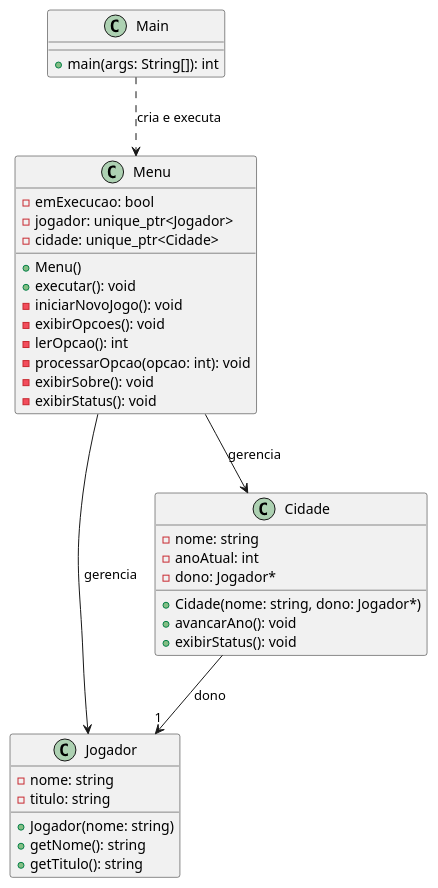
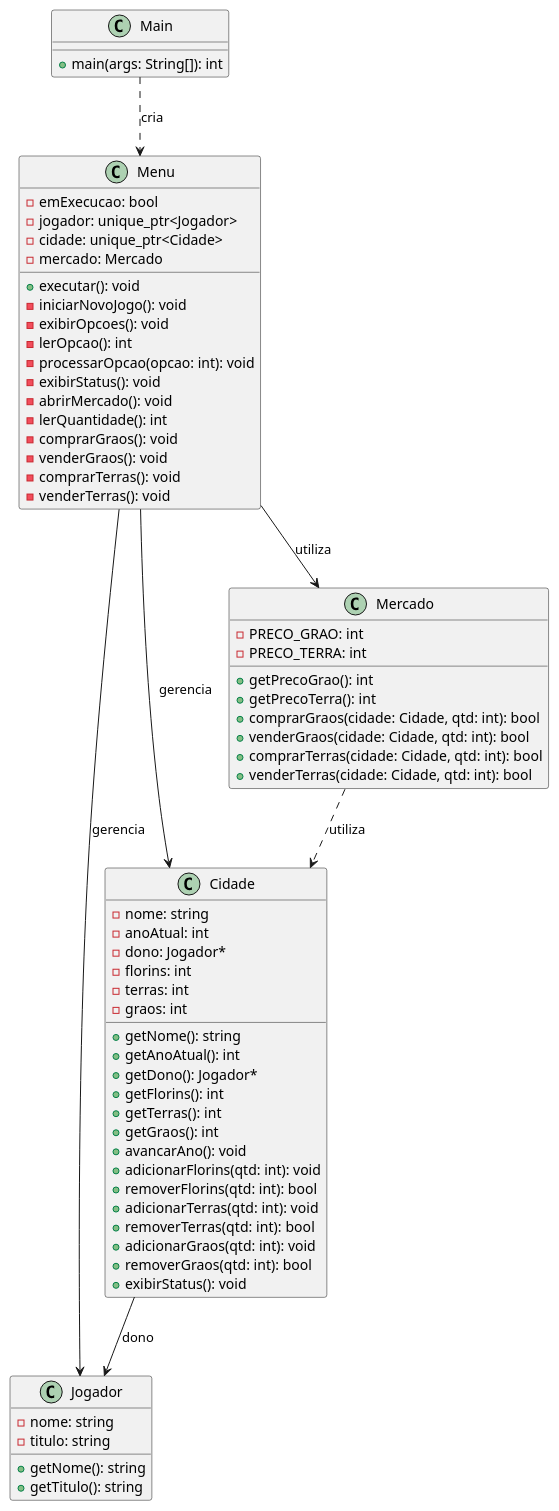
One commit to snooss/projeto-bolonha-e-milano changed the diagram in uml/diagrama-classes.puml. Above: the diagram before and after it, drawn with PlantUML. The commit also changed 8 other files, not shown here.

Commit message:
Etapa 3: economia, florins, terras e graos

```diff
--- a/uml/diagrama-classes.puml
+++ b/uml/diagrama-classes.puml
@@ -2,43 +2,74 @@
 @startuml
 
 class Main {
     +main(args: String[]): int
 }
 
 class Menu {
     -emExecucao: bool
     -jogador: unique_ptr<Jogador>
     -cidade: unique_ptr<Cidade>
-    +Menu()
+    -mercado: Mercado
     +executar(): void
     -iniciarNovoJogo(): void
     -exibirOpcoes(): void
     -lerOpcao(): int
     -processarOpcao(opcao: int): void
-    -exibirSobre(): void
     -exibirStatus(): void
+    -abrirMercado(): void
+    -lerQuantidade(): int
+    -comprarGraos(): void
+    -venderGraos(): void
+    -comprarTerras(): void
+    -venderTerras(): void
 }
 
 class Jogador {
     -nome: string
     -titulo: string
-    +Jogador(nome: string)
     +getNome(): string
     +getTitulo(): string
 }
 
 class Cidade {
     -nome: string
     -anoAtual: int
     -dono: Jogador*
-    +Cidade(nome: string, dono: Jogador*)
+    -florins: int
+    -terras: int
+    -graos: int
+    +getNome(): string
+    +getAnoAtual(): int
+    +getDono(): Jogador*
+    +getFlorins(): int
+    +getTerras(): int
+    +getGraos(): int
     +avancarAno(): void
+    +adicionarFlorins(qtd: int): void
+    +removerFlorins(qtd: int): bool
+    +adicionarTerras(qtd: int): void
+    +removerTerras(qtd: int): bool
+    +adicionarGraos(qtd: int): void
+    +removerGraos(qtd: int): bool
     +exibirStatus(): void
 }
 
-Main ..> Menu : cria e executa
+class Mercado {
+    -PRECO_GRAO: int
+    -PRECO_TERRA: int
+    +getPrecoGrao(): int
+    +getPrecoTerra(): int
+    +comprarGraos(cidade: Cidade, qtd: int): bool
+    +venderGraos(cidade: Cidade, qtd: int): bool
+    +comprarTerras(cidade: Cidade, qtd: int): bool
+    +venderTerras(cidade: Cidade, qtd: int): bool
+}
+
+Main ..> Menu : cria
 Menu --> Jogador : gerencia
 Menu --> Cidade : gerencia
-Cidade --> "1" Jogador : dono
+Menu --> Mercado : utiliza
+Cidade --> Jogador : dono
+Mercado ..> Cidade : utiliza
 
 @enduml
```
